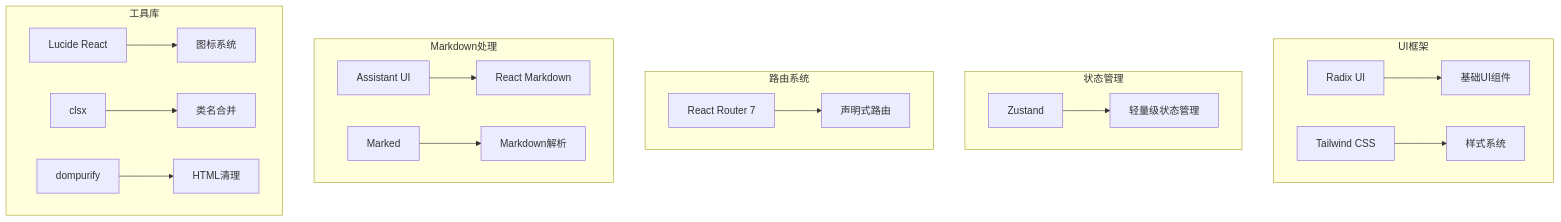
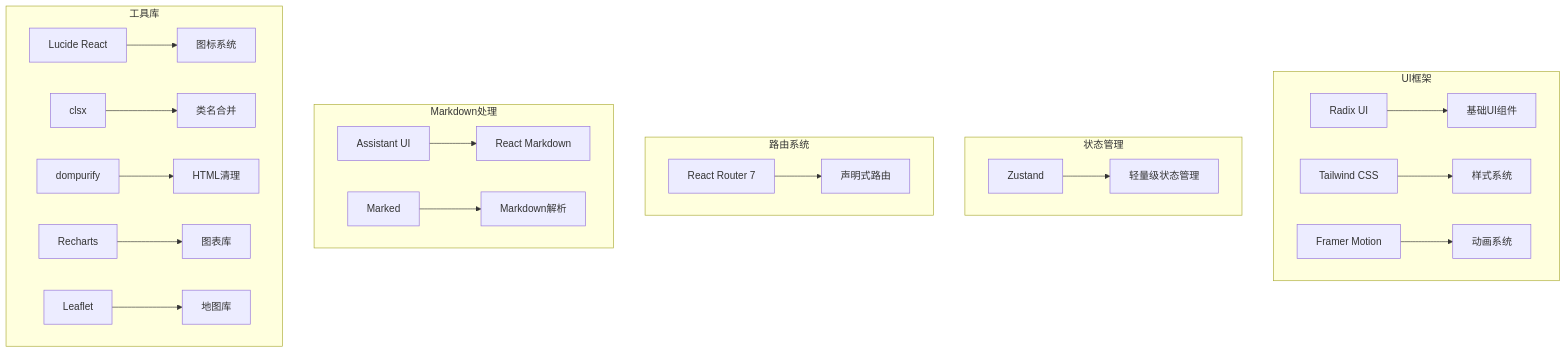
Diagram 16 of 16 in .qoder/repowiki/zh/content/Web界面/UI组件系统/UI组件库更新.md (verse-ai-org/openclaw), drawn with Mermaid before and after one commit. The commit also changed other lines of this file and 13 other files, not shown here.

````diff
--- a/.qoder/repowiki/zh/content/Web界面/UI组件系统/UI组件库更新.md
+++ b/.qoder/repowiki/zh/content/Web界面/UI组件系统/UI组件库更新.md
@@ -312,22 +659,25 @@
 ```mermaid
 graph TB
 subgraph "UI框架"
 A[Radix UI] --> B[基础UI组件]
 C[Tailwind CSS] --> D[样式系统]
+E[Framer Motion] --> F[动画系统]
 end
 subgraph "状态管理"
-E[Zustand] --> F[轻量级状态管理]
+G[Zustand] --> H[轻量级状态管理]
 end
 subgraph "路由系统"
-G[React Router 7] --> H[声明式路由]
+I[React Router 7] --> J[声明式路由]
 end
 subgraph "Markdown处理"
-I[Assistant UI] --> J[React Markdown]
-K[Marked] --> L[Markdown解析]
+K[Assistant UI] --> L[React Markdown]
+M[Marked] --> N[Markdown解析]
 end
 subgraph "工具库"
-M[Lucide React] --> N[图标系统]
-O[clsx] --> P[类名合并]
-Q[dompurify] --> R[HTML清理]
+O[Lucide React] --> P[图标系统]
+Q[clsx] --> R[类名合并]
+S[dompurify] --> T[HTML清理]
+U[Recharts] --> V[图表库]
+W[Leaflet] --> X[地图库]
 end
 ```
````
